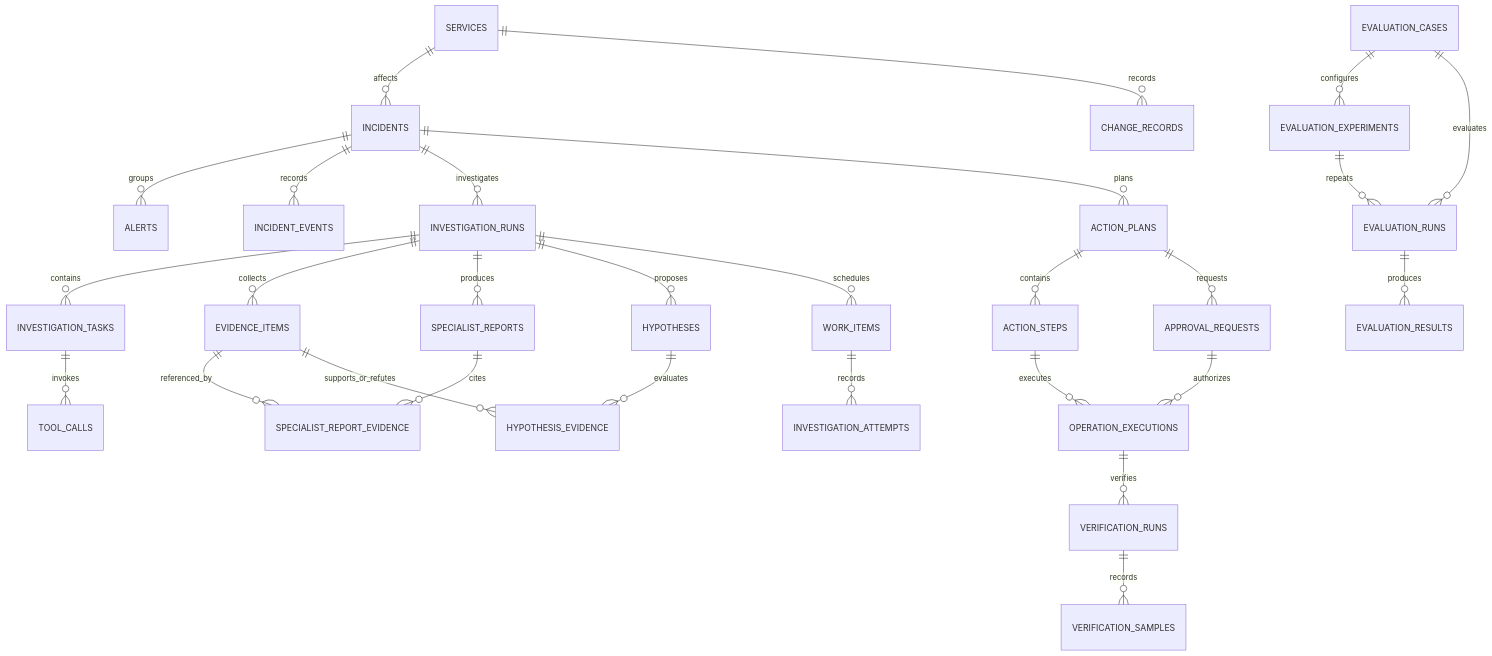
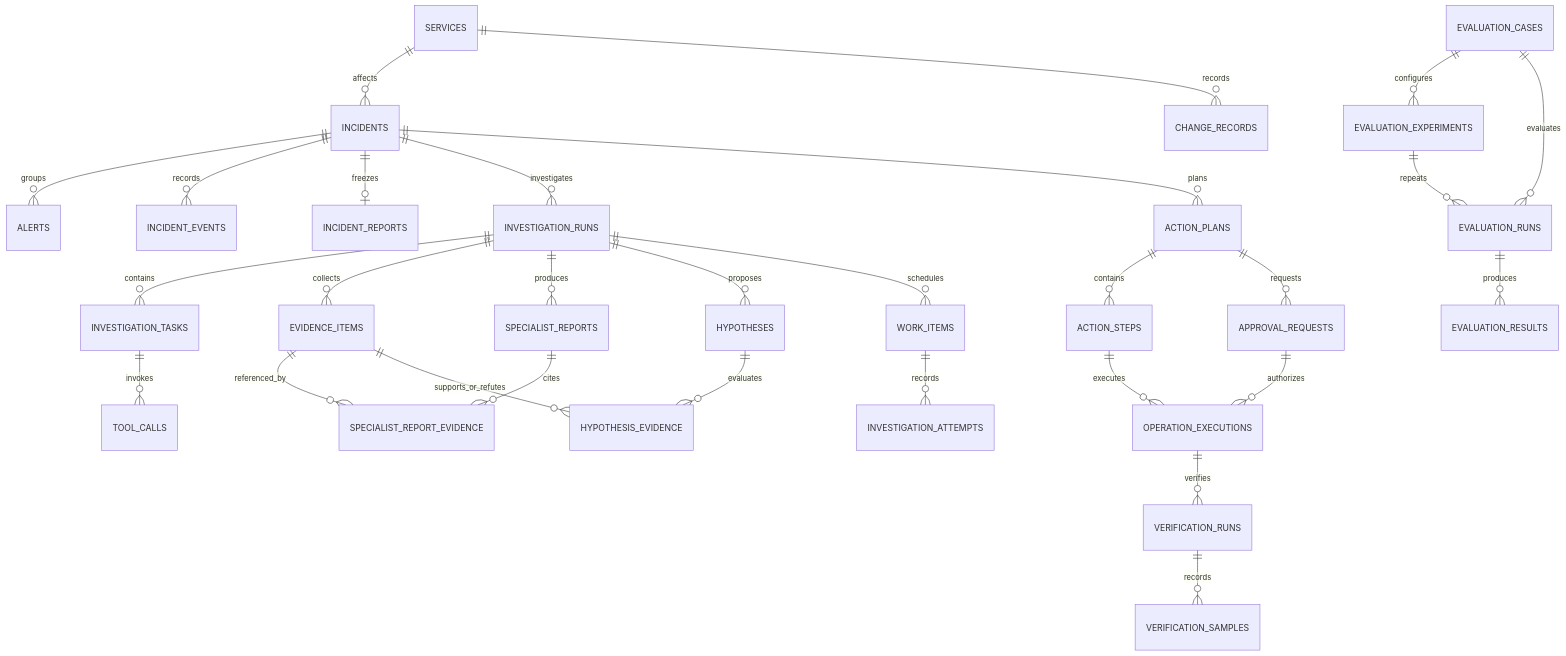
The first of 3 diagrams in docs/architecture/04-database-design.md (kill-t/ops-swarm), drawn with Mermaid before and after one commit. The commit also changed other lines of this file and 19 other files, not shown here.

````diff
--- a/docs/architecture/04-database-design.md
+++ b/docs/architecture/04-database-design.md
@@ -26,30 +26,31 @@
 ```mermaid
 erDiagram
     SERVICES ||--o{ INCIDENTS : affects
     INCIDENTS ||--o{ ALERTS : groups
     INCIDENTS ||--o{ INCIDENT_EVENTS : records
+    INCIDENTS ||--o| INCIDENT_REPORTS : freezes
     SERVICES ||--o{ CHANGE_RECORDS : records
     INCIDENTS ||--o{ INVESTIGATION_RUNS : investigates
     INVESTIGATION_RUNS ||--o{ INVESTIGATION_TASKS : contains
     INVESTIGATION_TASKS ||--o{ TOOL_CALLS : invokes
     INVESTIGATION_RUNS ||--o{ EVIDENCE_ITEMS : collects
     INVESTIGATION_RUNS ||--o{ SPECIALIST_REPORTS : produces
     SPECIALIST_REPORTS ||--o{ SPECIALIST_REPORT_EVIDENCE : cites
     EVIDENCE_ITEMS ||--o{ SPECIALIST_REPORT_EVIDENCE : referenced_by
     INVESTIGATION_RUNS ||--o{ HYPOTHESES : proposes
     HYPOTHESES ||--o{ HYPOTHESIS_EVIDENCE : evaluates
     EVIDENCE_ITEMS ||--o{ HYPOTHESIS_EVIDENCE : supports_or_refutes
     INCIDENTS ||--o{ ACTION_PLANS : plans
     ACTION_PLANS ||--o{ ACTION_STEPS : contains
     ACTION_PLANS ||--o{ APPROVAL_REQUESTS : requests
     ACTION_STEPS ||--o{ OPERATION_EXECUTIONS : executes
     APPROVAL_REQUESTS ||--o{ OPERATION_EXECUTIONS : authorizes
     OPERATION_EXECUTIONS ||--o{ VERIFICATION_RUNS : verifies
     VERIFICATION_RUNS ||--o{ VERIFICATION_SAMPLES : records
     INVESTIGATION_RUNS ||--o{ WORK_ITEMS : schedules
     WORK_ITEMS ||--o{ INVESTIGATION_ATTEMPTS : records
     EVALUATION_CASES ||--o{ EVALUATION_EXPERIMENTS : configures
     EVALUATION_EXPERIMENTS ||--o{ EVALUATION_RUNS : repeats
     EVALUATION_CASES ||--o{ EVALUATION_RUNS : evaluates
     EVALUATION_RUNS ||--o{ EVALUATION_RESULTS : produces
 ```
````
